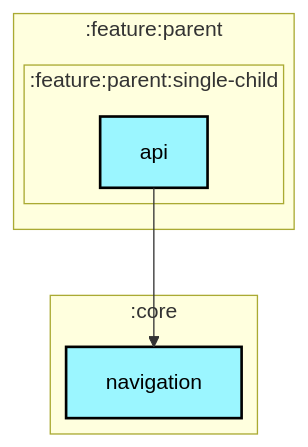
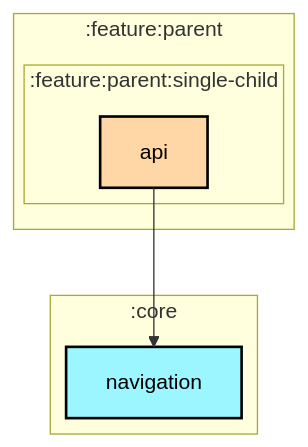
The first of 2 diagrams in architecture/ParentalControlApps/feature/parent/single-child/api/README.md (jadavchirag/jadavchirag), drawn with Mermaid before and after one commit. The commit also changed 26 other files, not shown here.

Commit message:
fixed feature module colors in graphs

````diff
--- a/architecture/ParentalControlApps/feature/parent/single-child/api/README.md
+++ b/architecture/ParentalControlApps/feature/parent/single-child/api/README.md
@@ -6,29 +6,29 @@
 ```mermaid
 ---
 config:
   layout: elk
   elk:
     nodePlacementStrategy: SIMPLE
 ---
 graph TB
   subgraph :feature:parent
     direction TB
     subgraph :feature:parent:single-child
       direction TB
-      :feature:parent:single-child:api[api]:::android-library
+      :feature:parent:single-child:api[api]:::android-feature
     end
   end
   subgraph :core
     direction TB
     :core:navigation[navigation]:::android-library
   end
 
   :feature:parent:single-child:api --> :core:navigation
 
 classDef android-application fill:#CAFFBF,stroke:#000,stroke-width:2px,color:#000;
 classDef android-feature fill:#FFD6A5,stroke:#000,stroke-width:2px,color:#000;
 classDef android-library fill:#9BF6FF,stroke:#000,stroke-width:2px,color:#000;
 classDef android-test fill:#A0C4FF,stroke:#000,stroke-width:2px,color:#000;
 classDef jvm-library fill:#BDB2FF,stroke:#000,stroke-width:2px,color:#000;
 classDef unknown fill:#FFADAD,stroke:#000,stroke-width:2px,color:#000;
 ```
````
